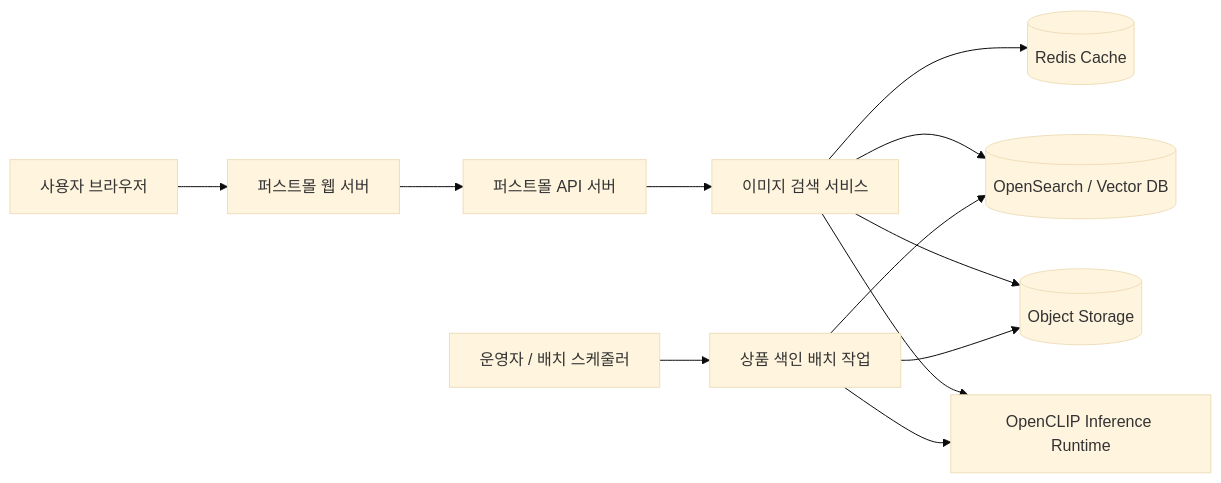
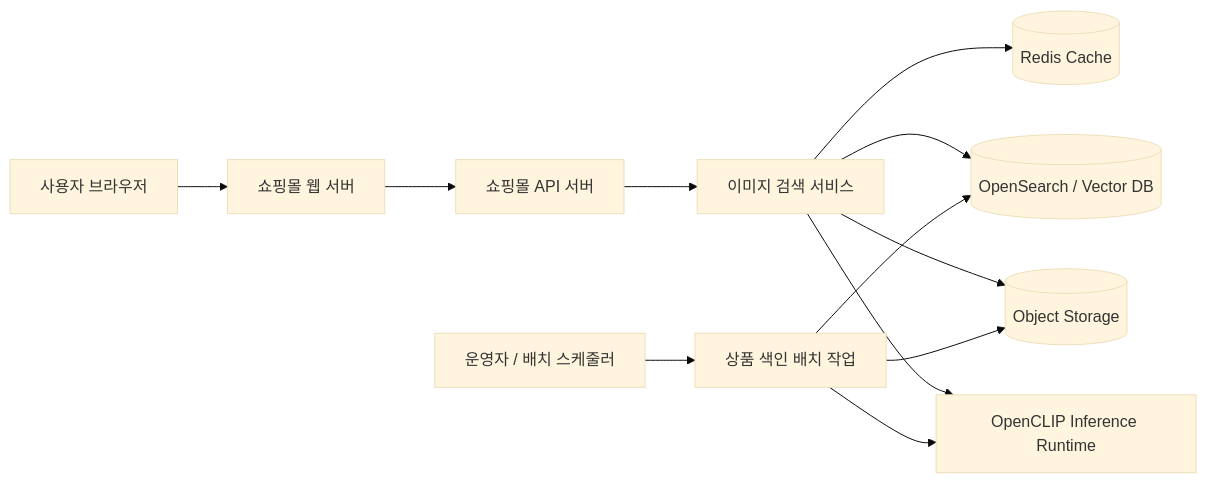
The fifth of 7 diagrams in README.md (cincin00/playground-CLIP), drawn with Mermaid (base theme) before and after one commit. The commit also changed other lines of this file, not shown here.

Commit message:
README.md 파일 업데이트: 퍼스트몰 관련 용어를 쇼핑몰로 변경

````diff
--- a/README.md
+++ b/README.md
@@ -147,17 +147,17 @@
 ```mermaid
 flowchart LR
-    UA[사용자 브라우저] --> WA[퍼스트몰 웹 서버]
-    WA --> AA[퍼스트몰 API 서버]
+    UA[사용자 브라우저] --> WA[쇼핑몰 웹 서버]
+    WA --> AA[쇼핑몰 API 서버]
     AA --> BS[이미지 검색 서비스]
 
     BS --> REDIS[(Redis Cache)]
     BS --> VDB[(OpenSearch / Vector DB)]
     BS --> OBJ[(Object Storage)]
     BS --> MODEL[OpenCLIP Inference Runtime]
 
     IDXJOB[상품 색인 배치 작업] --> MODEL
     IDXJOB --> VDB
     IDXJOB --> OBJ
 
     ADM[운영자 / 배치 스케줄러] --> IDXJOB
 ```
````
